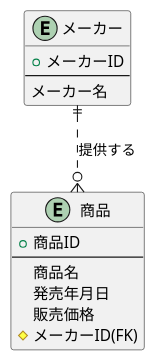
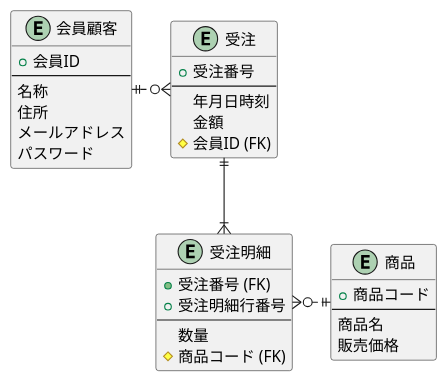
One commit to yinm/uml-modeling-lesson changed the diagram in ch13/sample.puml. Above: the diagram before and after it, drawn with PlantUML.

Commit message:
Add lesson46

```diff
--- a/ch13/sample.puml
+++ b/ch13/sample.puml
@@ -1,20 +1,39 @@
 @startuml
 
-entity メーカー {
-  + メーカーID
+entity 会員顧客 {
+  + 会員ID
   ---
-  メーカー名
+  名称
+  住所
+  メールアドレス
+  パスワード
+}
+
+entity 受注 {
+  + 受注番号
+  ---
+  年月日時刻
+  金額
+  # 会員ID (FK)
+}
+
+entity 受注明細 {
+  + 受注番号 (FK)
+  + 受注明細行番号
+  ---
+  数量
+  # 商品コード (FK)
 }
 
 entity 商品 {
-  + 商品ID
+  + 商品コード
   ---
   商品名
-  発売年月日
   販売価格
-  # メーカーID(FK)
 }
 
-メーカー ||..o{ 商品 : 提供する
+会員顧客 ||.r.o{ 受注
+受注 ||--|{ 受注明細
+受注明細 }o.r.|| 商品
 
 @enduml
```
